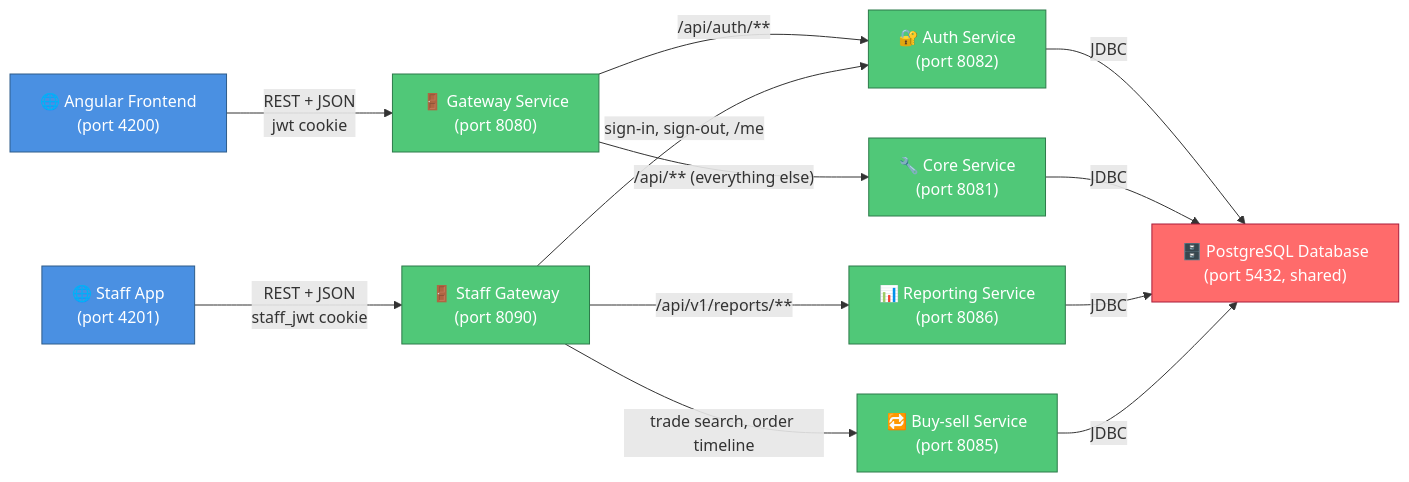
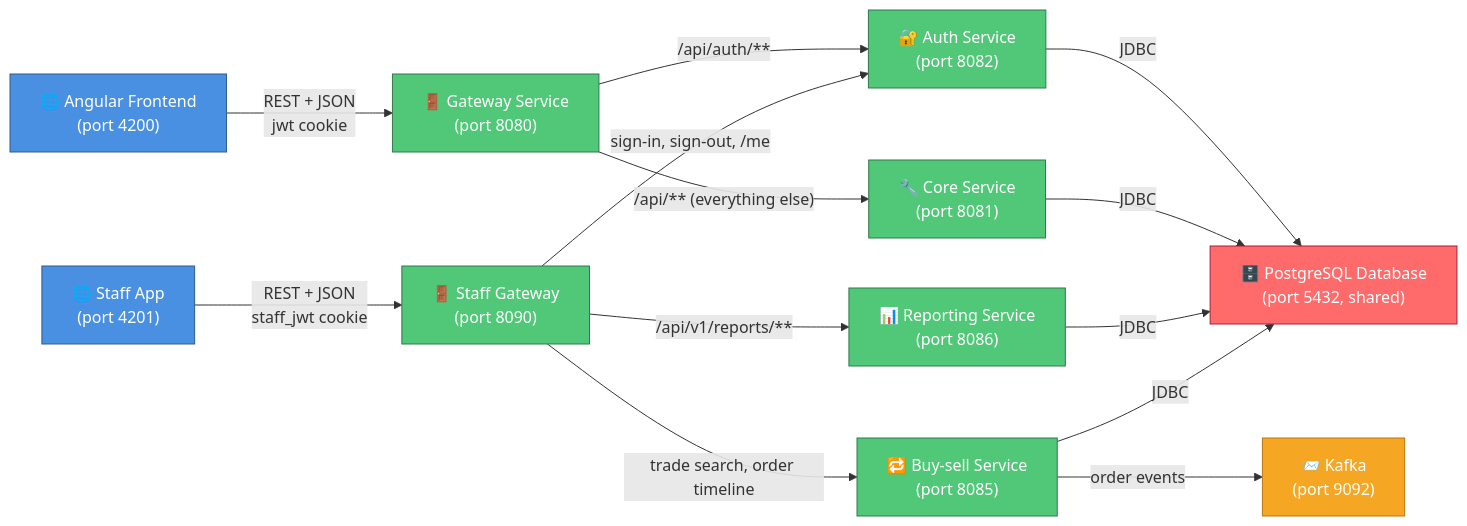
One commit to aditya0774/LeMarketJames changed the first of 4 diagrams in README.md. Above: the diagram before and after it, drawn with Mermaid. The commit also changed other lines of this file and 18 other files, not shown here.

Commit message:
LMKT-137: Kafka in Docker and Jenkins, publish order events to it

````diff
--- a/README.md
+++ b/README.md
@@ -101,22 +102,25 @@
 ```mermaid
 graph LR
     A["🌐 Angular Frontend<br/>(port 4200)"] -->|"REST + JSON<br/>jwt cookie"| G["🚪 Gateway Service<br/>(port 8080)"]
     G -->|"/api/auth/**"| AU["🔐 Auth Service<br/>(port 8082)"]
     G -->|"/api/** (everything else)"| CO["🔧 Core Service<br/>(port 8081)"]
     AU -->|"JDBC"| C["🗄️ PostgreSQL Database<br/>(port 5432, shared)"]
     CO -->|"JDBC"| C
     S["🌐 Staff App<br/>(port 4201)"] -->|"REST + JSON<br/>staff_jwt cookie"| SG["🚪 Staff Gateway<br/>(port 8090)"]
     SG -->|"sign-in, sign-out, /me"| AU
     SG -->|"/api/v1/reports/**"| RE["📊 Reporting Service<br/>(port 8086)"]
     SG -->|"trade search, order timeline"| BS["🔁 Buy-sell Service<br/>(port 8085)"]
     RE -->|"JDBC"| C
     BS -->|"JDBC"| C
+    BS -->|"order events"| K["📨 Kafka<br/>(port 9092)"]
 
     classDef frontend fill:#4A90E2,stroke:#2E5C8A,color:#fff
     classDef backend fill:#50C878,stroke:#2D7A4A,color:#fff
     classDef database fill:#FF6B6B,stroke:#A91D3A,color:#fff
+    classDef broker fill:#F5A623,stroke:#B9770E,color:#fff
 
     class A,S frontend
     class G,SG,AU,CO,RE,BS backend
     class C database
+    class K broker
 ```
````
